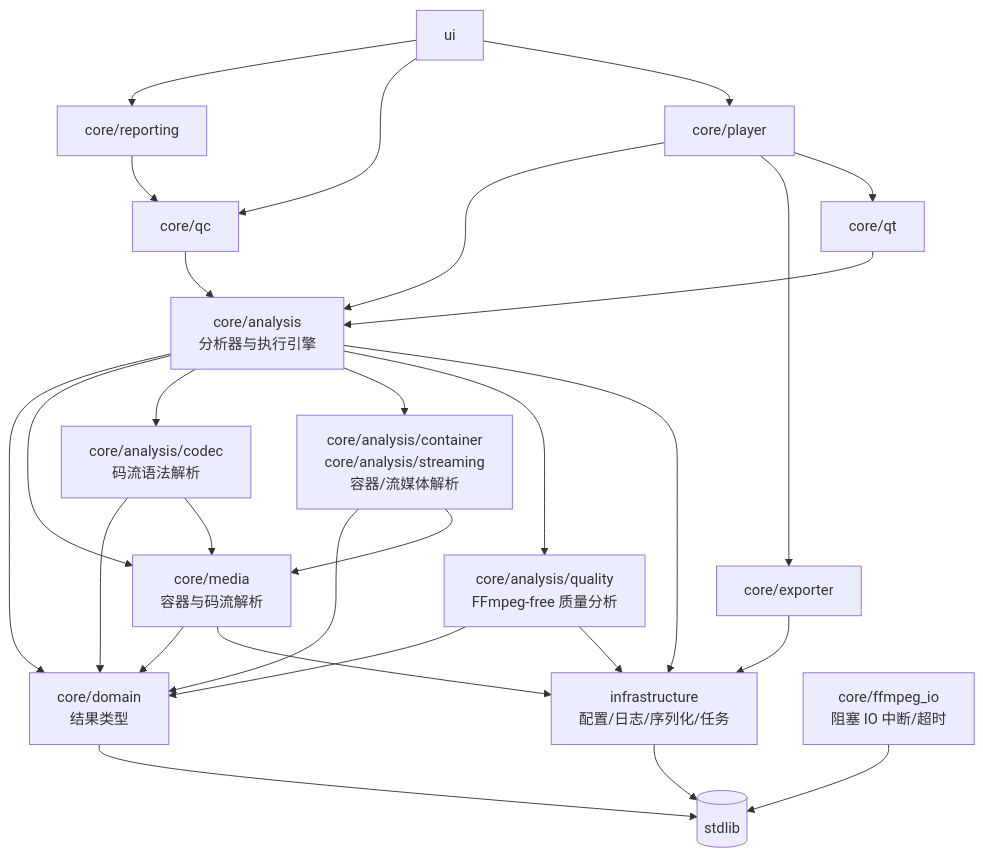
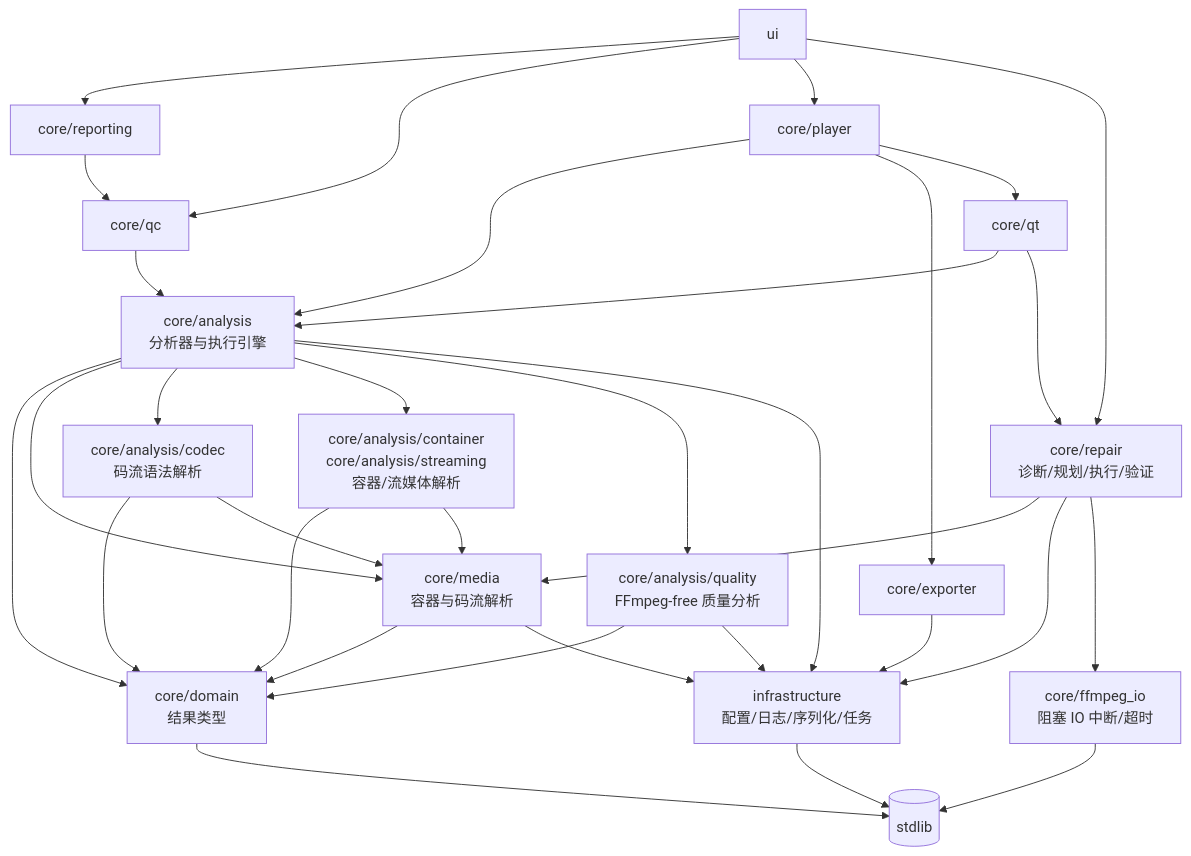
One commit to HZer0K/VideoEye changed the diagram in docs/ARCHITECTURE.md. Above: the diagram before and after it, drawn with Mermaid. The commit also changed other lines of this file and 37 other files, not shown here.

````diff
--- a/docs/ARCHITECTURE.md
+++ b/docs/ARCHITECTURE.md
@@ -49,30 +50,35 @@
 ```mermaid
 graph TD
     DOMAIN[core/domain<br/>结果类型] --> STD[(stdlib)]
     INFRA[infrastructure<br/>配置/日志/序列化/任务] --> STD
     FFIO[core/ffmpeg_io<br/>阻塞 IO 中断/超时] --> STD
     MEDIA[core/media<br/>容器与码流解析] --> DOMAIN
     MEDIA --> INFRA
     CODEC[core/analysis/codec<br/>码流语法解析] --> DOMAIN
     CODEC --> MEDIA
     PACKAGE[core/analysis/container<br/>core/analysis/streaming<br/>容器/流媒体解析] --> DOMAIN
     PACKAGE --> MEDIA
     QUALITY[core/analysis/quality<br/>FFmpeg-free 质量分析] --> DOMAIN
     QUALITY --> INFRA
     ANALYSIS[core/analysis<br/>分析器与执行引擎] --> DOMAIN
     ANALYSIS --> MEDIA
     ANALYSIS --> CODEC
     ANALYSIS --> PACKAGE
     ANALYSIS --> QUALITY
     ANALYSIS --> INFRA
     EXPORTER[core/exporter] --> INFRA
     PLAYBACK[core/player] --> ANALYSIS
     PLAYBACK --> EXPORTER
     PLAYBACK --> QTADAPTER
     QC[core/qc] --> ANALYSIS
     REPORTING[core/reporting] --> QC
+    REPAIR[core/repair<br/>诊断/规划/执行/验证] --> MEDIA
+    REPAIR --> INFRA
+    REPAIR --> FFIO
     QTADAPTER[core/qt] --> ANALYSIS
+    QTADAPTER --> REPAIR
     UI[ui] --> REPORTING
     UI --> QC
     UI --> PLAYBACK
+    UI --> REPAIR
 ```
````
